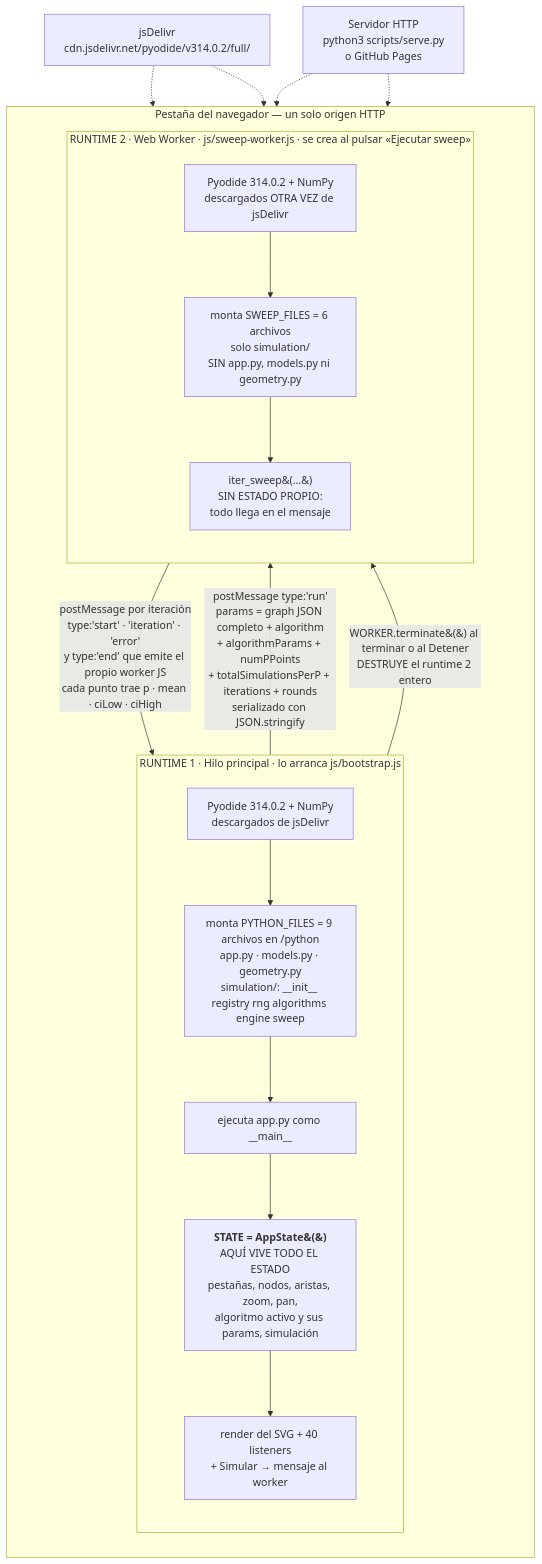
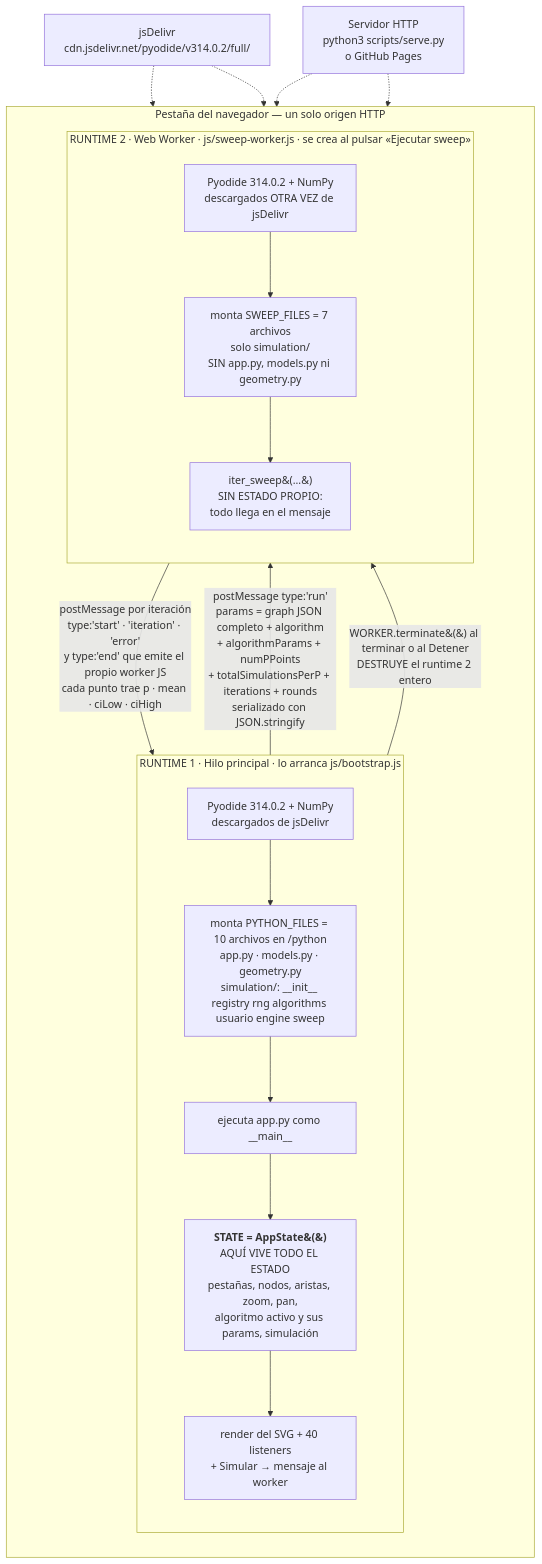
The diagram in docs/00-empezar-aqui.md (Rou-uu/consenso-simulador), drawn with Mermaid before and after one commit. The commit also changed other lines of this file and 19 other files, not shown here.

````diff
--- a/docs/00-empezar-aqui.md
+++ b/docs/00-empezar-aqui.md
@@ -473,33 +473,33 @@
 ```mermaid
 flowchart TB
     subgraph BROWSER["Pestaña del navegador — un solo origen HTTP"]
       direction TB
 
       subgraph MAIN["RUNTIME 1 · Hilo principal · lo arranca js/bootstrap.js"]
         direction TB
         M1["Pyodide 314.0.2 + NumPy<br/>descargados de jsDelivr"]
-        M2["monta PYTHON_FILES = 9 archivos en /python<br/>app.py · models.py · geometry.py<br/>simulation/: __init__ registry rng algorithms engine sweep"]
+        M2["monta PYTHON_FILES = 10 archivos en /python<br/>app.py · models.py · geometry.py<br/>simulation/: __init__ registry rng algorithms usuario engine sweep"]
         M3["ejecuta app.py como __main__"]
         M4["<b>STATE = AppState&#40;&#41;</b><br/>AQUÍ VIVE TODO EL ESTADO<br/>pestañas, nodos, aristas, zoom, pan,<br/>algoritmo activo y sus params, simulación"]
         M5["render del SVG + 40 listeners<br/>+ Simular → mensaje al worker"]
         M1 --> M2 --> M3 --> M4 --> M5
       end
 
       subgraph WORKER["RUNTIME 2 · Web Worker · js/sweep-worker.js · se crea al pulsar «Ejecutar sweep»"]
         direction TB
         W1["Pyodide 314.0.2 + NumPy<br/>descargados OTRA VEZ de jsDelivr"]
-        W2["monta SWEEP_FILES = 6 archivos<br/>solo simulation/<br/>SIN app.py, models.py ni geometry.py"]
+        W2["monta SWEEP_FILES = 7 archivos<br/>solo simulation/<br/>SIN app.py, models.py ni geometry.py"]
         W3["iter_sweep&#40;...&#41;<br/>SIN ESTADO PROPIO:<br/>todo llega en el mensaje"]
         W1 --> W2 --> W3
       end
 
       M5 -- "postMessage type:'run'<br/>params = graph JSON completo + algorithm<br/>+ algorithmParams + numPPoints<br/>+ totalSimulationsPerP + iterations + rounds<br/>serializado con JSON.stringify" --> W3
       W3 -- "postMessage por iteración<br/>type:'start' · 'iteration' · 'error'<br/>y type:'end' que emite el propio worker JS<br/>cada punto trae p · mean · ciLow · ciHigh" --> M5
       M5 -- "WORKER.terminate&#40;&#41; al terminar o al Detener<br/>DESTRUYE el runtime 2 entero" --> W1
     end
 
     CDN["jsDelivr<br/>cdn.jsdelivr.net/pyodide/v314.0.2/full/"] -.-> M1
     CDN -.-> W1
     SRV["Servidor HTTP<br/>python3 scripts/serve.py<br/>o GitHub Pages"] -.-> M2
     SRV -.-> W2
 ```
````
